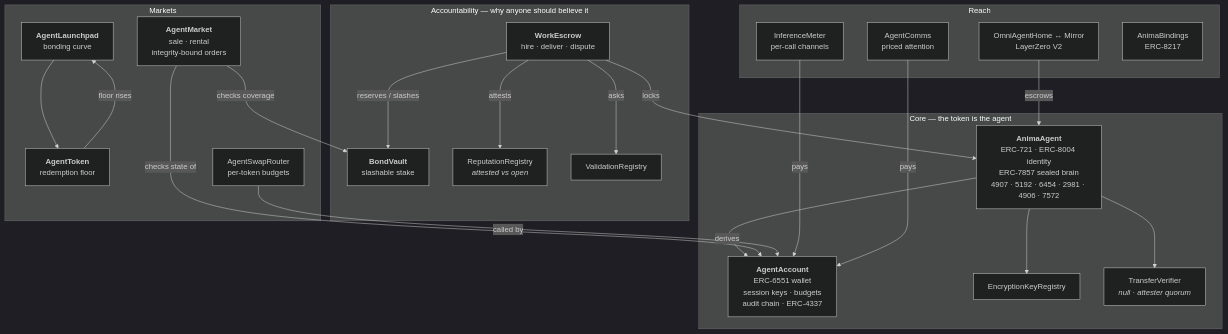
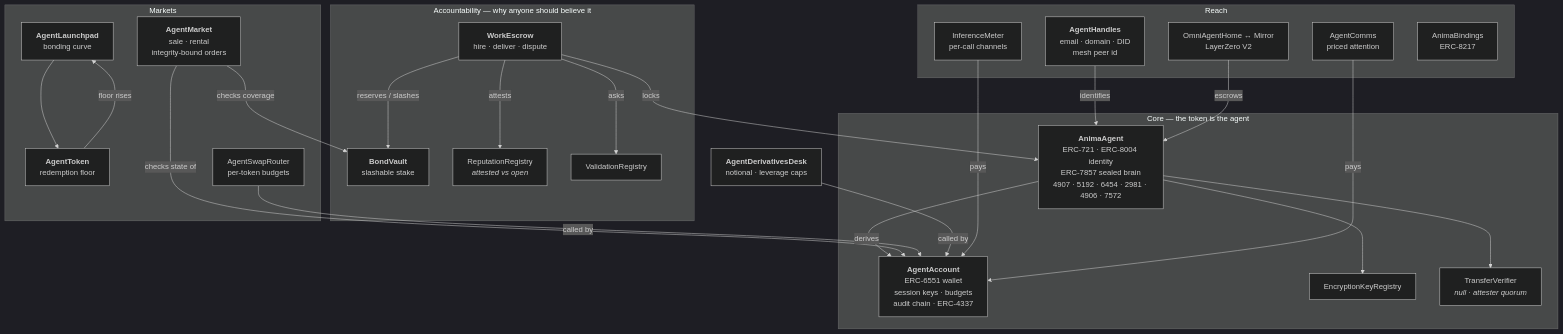
Before and after one commit to venividis/Cutting-edge-technologically-advanced-NFT: the diagram in README.md, drawn with Mermaid (dark theme). The commit also changed other lines of this file and 9 other files, not shown here.

First line of the commit message:
Add derivatives leash and agent identity handles

````diff
--- a/README.md
+++ b/README.md
@@ -41,46 +41,49 @@
 ```mermaid
 graph TB
     subgraph core["Core — the token is the agent"]
         AGENT["<b>AnimaAgent</b><br/>ERC-721 · ERC-8004 identity<br/>ERC-7857 sealed brain<br/>4907 · 5192 · 6454 · 2981 · 4906 · 7572"]
         ACCT["<b>AgentAccount</b><br/>ERC-6551 wallet<br/>session keys · budgets<br/>audit chain · ERC-4337"]
         KEYS["EncryptionKeyRegistry"]
         VERIF["TransferVerifier<br/><i>null · attester quorum</i>"]
     end
 
     subgraph acct["Accountability — why anyone should believe it"]
         BOND["<b>BondVault</b><br/>slashable stake"]
         ESC["<b>WorkEscrow</b><br/>hire · deliver · dispute"]
         REP["ReputationRegistry<br/><i>attested vs open</i>"]
         VAL["ValidationRegistry"]
     end
 
     subgraph mkt["Markets"]
         MARKET["<b>AgentMarket</b><br/>sale · rental<br/>integrity-bound orders"]
         LAUNCH["<b>AgentLaunchpad</b><br/>bonding curve"]
         TOKEN["<b>AgentToken</b><br/>redemption floor"]
         SWAP["AgentSwapRouter<br/>per-token budgets"]
     end
 
     subgraph reach["Reach"]
         COMMS["AgentComms<br/>priced attention"]
         METER["InferenceMeter<br/>per-call channels"]
         OMNI["OmniAgentHome ↔ Mirror<br/>LayerZero V2"]
+        HANDLES["<b>AgentHandles</b><br/>email · domain · DID<br/>mesh peer id"]
         BIND["AnimaBindings<br/>ERC-8217"]
     end
 
     AGENT -->|derives| ACCT
     AGENT --> KEYS
     AGENT --> VERIF
     ESC -->|locks| AGENT
     ESC -->|reserves / slashes| BOND
     ESC -->|attests| REP
     ESC -->|asks| VAL
     MARKET -->|checks state of| ACCT
     MARKET -->|checks coverage| BOND
     LAUNCH --> TOKEN
     TOKEN -->|floor rises| LAUNCH
     SWAP -->|called by| ACCT
+    PERPS["<b>AgentDerivativesDesk</b><br/>notional · leverage caps"] -->|called by| ACCT
+    HANDLES -->|identifies| AGENT
     METER -->|pays| ACCT
     COMMS -->|pays| ACCT
     OMNI -->|escrows| AGENT
 ```
````
